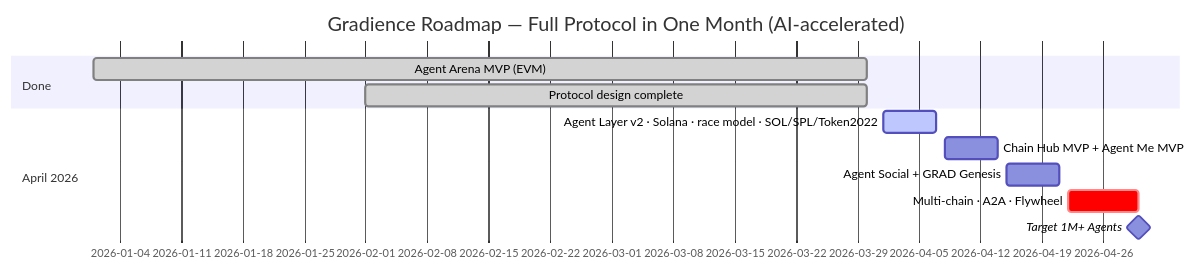
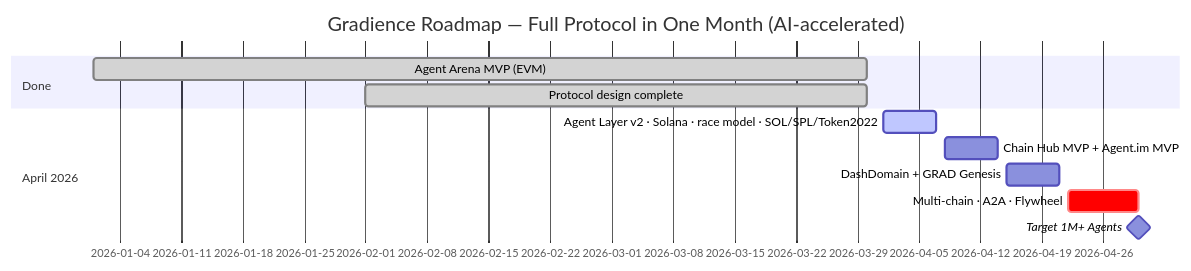
One commit to DaviRain-Su/gradience changed the ninth of 9 diagrams in README.md. Above: the diagram before and after it, drawn with Mermaid. The commit also changed other lines of this file, not shown here.

First line of the commit message:
docs: update README architecture — merge Agent Me + Social into Agent.im

````diff
--- a/README.md
+++ b/README.md
@@ -416,15 +437,15 @@
 ```mermaid
 gantt
     title Gradience Roadmap — Full Protocol in One Month (AI-accelerated)
     dateFormat YYYY-MM-DD
     section Done
     Agent Arena MVP (EVM)         :done, 2026-01-01, 2026-03-30
     Protocol design complete      :done, 2026-02-01, 2026-03-30
 
     section April 2026
     Agent Layer v2 · Solana · race model · SOL/SPL/Token2022  :active, 2026-04-01, 2026-04-07
-    Chain Hub MVP + Agent Me MVP  :2026-04-08, 2026-04-14
-    Agent Social + GRAD Genesis   :2026-04-15, 2026-04-21
+    Chain Hub MVP + Agent.im MVP  :2026-04-08, 2026-04-14
+    DashDomain + GRAD Genesis     :2026-04-15, 2026-04-21
     Multi-chain · A2A · Flywheel  :crit, 2026-04-22, 2026-04-30
     Target 1M+ Agents             :milestone, 2026-04-30, 0d
 ```
````
